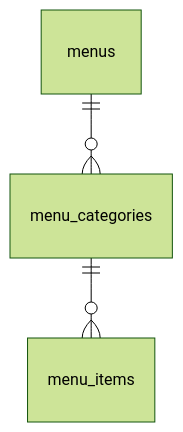
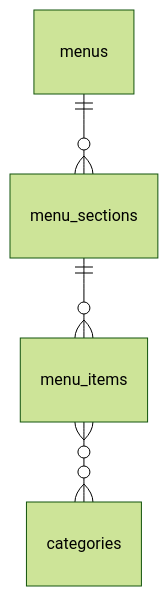
One commit to qr-snap-order/qr-snap-order-backend changed the second of 2 diagrams in docs/er.md. Above: the diagram before and after it, drawn with Mermaid (forest theme). The commit also changed other lines of this file, not shown here.

Commit message:
update: er.md

````diff
--- a/docs/er.md
+++ b/docs/er.md
@@ -13,5 +13,6 @@
 ```mermaid
 erDiagram
-    menus ||--o{ menu_categories : ""
-    menu_categories ||--o{ menu_items : ""
+    menus ||--o{ menu_sections : ""
+    menu_sections ||--o{ menu_items : ""
+    menu_items }o--o{ categories : ""
 ```
````
